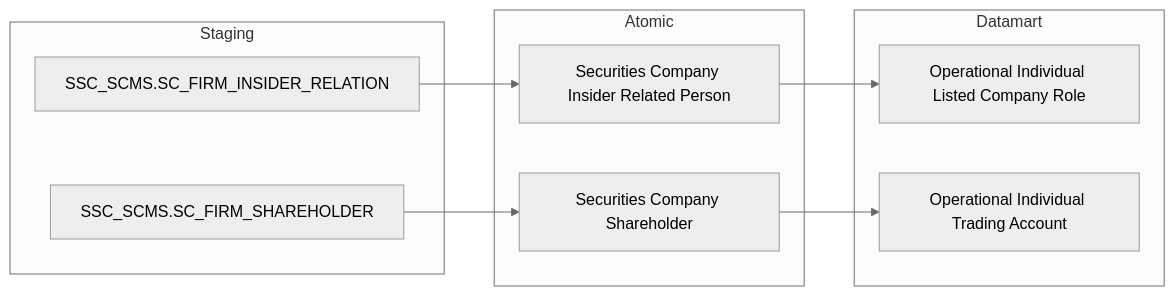
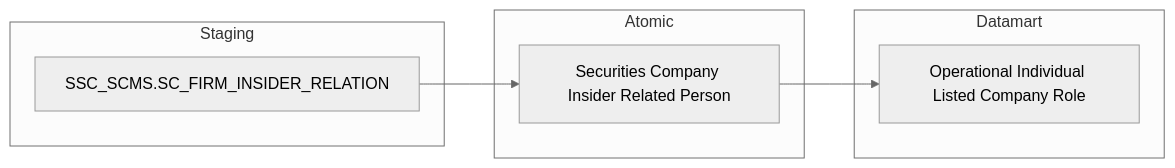
Diagram 17 of 38 in Datamart/hld/DTM_QLKD_HLD.md (linhlvit/ubck_atomic_design), drawn with Mermaid (neutral theme) before and after one commit. The commit also changed other lines of this file and 13 other files, not shown here.

````diff
--- a/Datamart/hld/DTM_QLKD_HLD.md
+++ b/Datamart/hld/DTM_QLKD_HLD.md
@@ -589,23 +605,17 @@
 ```mermaid
 flowchart LR
     subgraph SRC["Staging"]
         S1["SSC_SCMS.SC_FIRM_INSIDER_RELATION"]
-        S2["SSC_SCMS.SC_FIRM_SHAREHOLDER"]
     end
 
     subgraph SIL["Atomic"]
         SV1["Securities Company Insider Related Person"]
-        SV2["Securities Company Shareholder"]
     end
 
-    subgraph Datamart["Datamart"]
+    subgraph GOLD["Datamart"]
         G1["Operational Individual Listed Company Role"]
-        G2["Operational Individual Trading Account"]
     end
 
     S1 --> SV1
-    S2 --> SV2
-
     SV1 --> G1
-    SV2 --> G2
 ```
````
